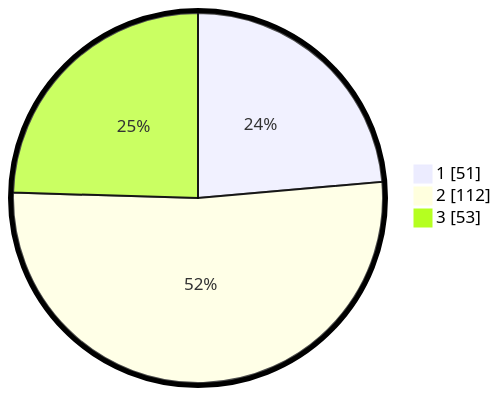
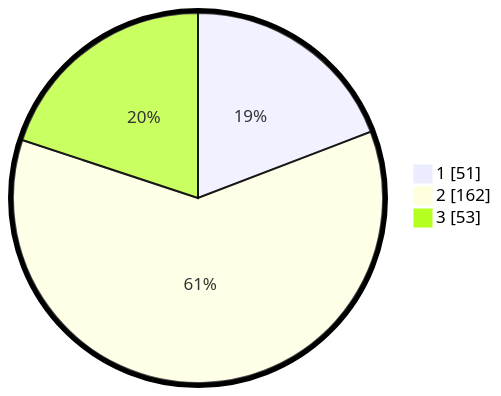
Before and after one commit to gigit-pemilu/pemilu-2024-52-nusa-tenggara-barat: the second of 2 diagrams in pilpres/hitung-suara/sub/52-nusa-tenggara-barat/sub/01-lombok-barat/sub/12-lingsar/sub/2002-batu-kumbung/sub/003-tps/README.md, drawn with Mermaid. The commit also changed other lines of this file and 143 other files, not shown here.

````diff
--- a/pilpres/hitung-suara/sub/52-nusa-tenggara-barat/sub/01-lombok-barat/sub/12-lingsar/sub/2002-batu-kumbung/sub/003-tps/README.md
+++ b/pilpres/hitung-suara/sub/52-nusa-tenggara-barat/sub/01-lombok-barat/sub/12-lingsar/sub/2002-batu-kumbung/sub/003-tps/README.md
@@ -13,7 +13,7 @@
 ```mermaid
 %%{init: {"pie": {"textPosition": 0.5}, "themeVariables": {"pieOuterStrokeWidth": "5px"}} }%%
 pie showData
     "1" : 51
-    "2" : 112
+    "2" : 162
     "3" : 53
 ```
````
